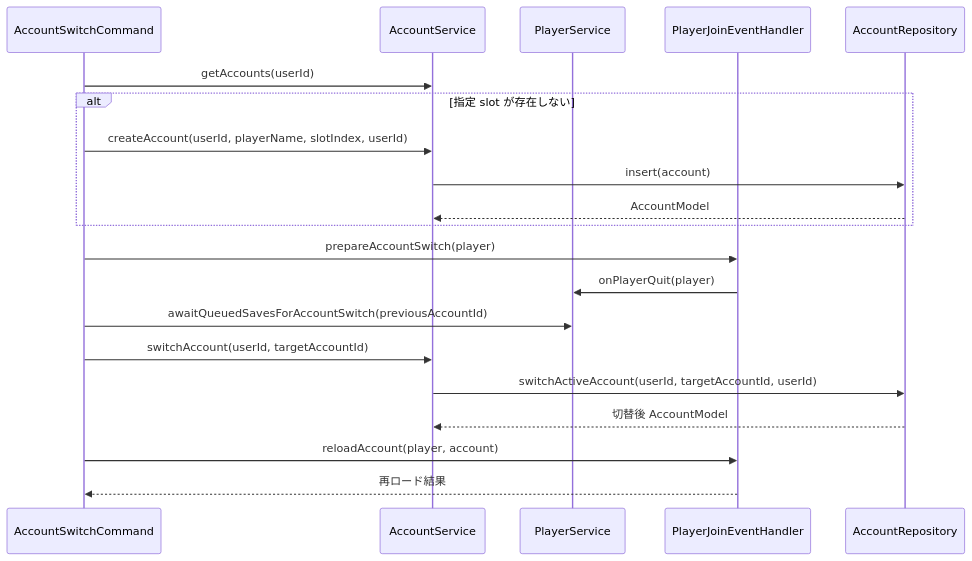
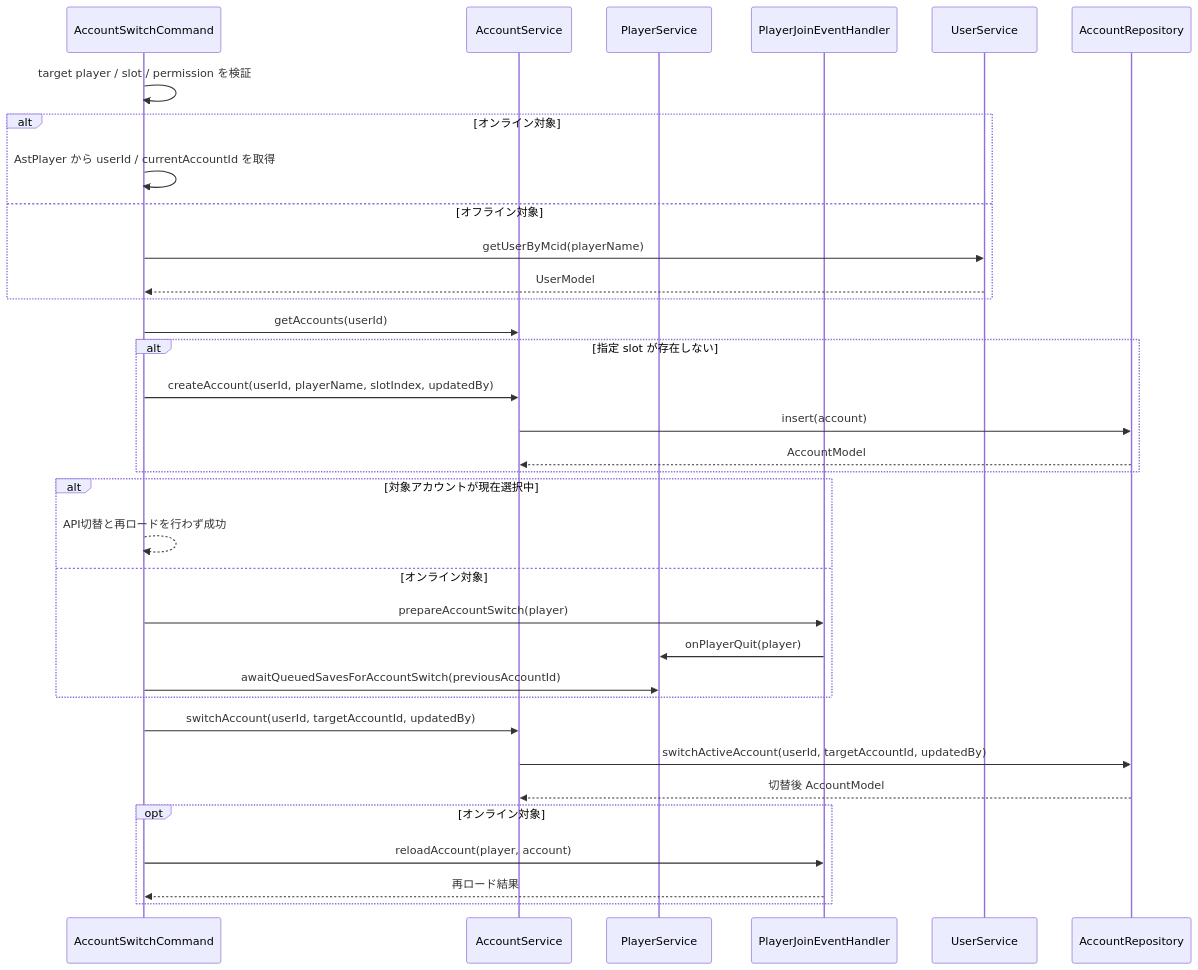
The second of 5 diagrams in 00_docs/10_Plugin設計書/feature/02-account/02_4-統合フロー.md (maaasu/AstralRecord-Workspace), drawn with Mermaid before and after one commit. The commit also changed other lines of this file and 13 other files, not shown here.

````diff
--- a/00_docs/10_Plugin設計書/feature/02-account/02_4-統合フロー.md
+++ b/00_docs/10_Plugin設計書/feature/02-account/02_4-統合フロー.md
@@ -35,23 +35,37 @@
 ```mermaid
 sequenceDiagram
     participant C as AccountSwitchCommand
     participant AS as AccountService
     participant PS as PlayerService
     participant JH as PlayerJoinEventHandler
+    participant US as UserService
     participant AR as AccountRepository
 
+    C->>C: target player / slot / permission を検証
+    alt オンライン対象
+        C->>C: AstPlayer から userId / currentAccountId を取得
+    else オフライン対象
+        C->>US: getUserByMcid(playerName)
+        US-->>C: UserModel
+    end
     C->>AS: getAccounts(userId)
     alt 指定 slot が存在しない
-        C->>AS: createAccount(userId, playerName, slotIndex, userId)
+        C->>AS: createAccount(userId, playerName, slotIndex, updatedBy)
         AS->>AR: insert(account)
         AR-->>AS: AccountModel
     end
-    C->>JH: prepareAccountSwitch(player)
-    JH->>PS: onPlayerQuit(player)
-    C->>PS: awaitQueuedSavesForAccountSwitch(previousAccountId)
-    C->>AS: switchAccount(userId, targetAccountId)
-    AS->>AR: switchActiveAccount(userId, targetAccountId, userId)
+    alt 対象アカウントが現在選択中
+        C-->>C: API切替と再ロードを行わず成功
+    else オンライン対象
+        C->>JH: prepareAccountSwitch(player)
+        JH->>PS: onPlayerQuit(player)
+        C->>PS: awaitQueuedSavesForAccountSwitch(previousAccountId)
+    end
+    C->>AS: switchAccount(userId, targetAccountId, updatedBy)
+    AS->>AR: switchActiveAccount(userId, targetAccountId, updatedBy)
     AR-->>AS: 切替後 AccountModel
-    C->>JH: reloadAccount(player, account)
-    JH-->>C: 再ロード結果
+    opt オンライン対象
+        C->>JH: reloadAccount(player, account)
+        JH-->>C: 再ロード結果
+    end
 ```
````
